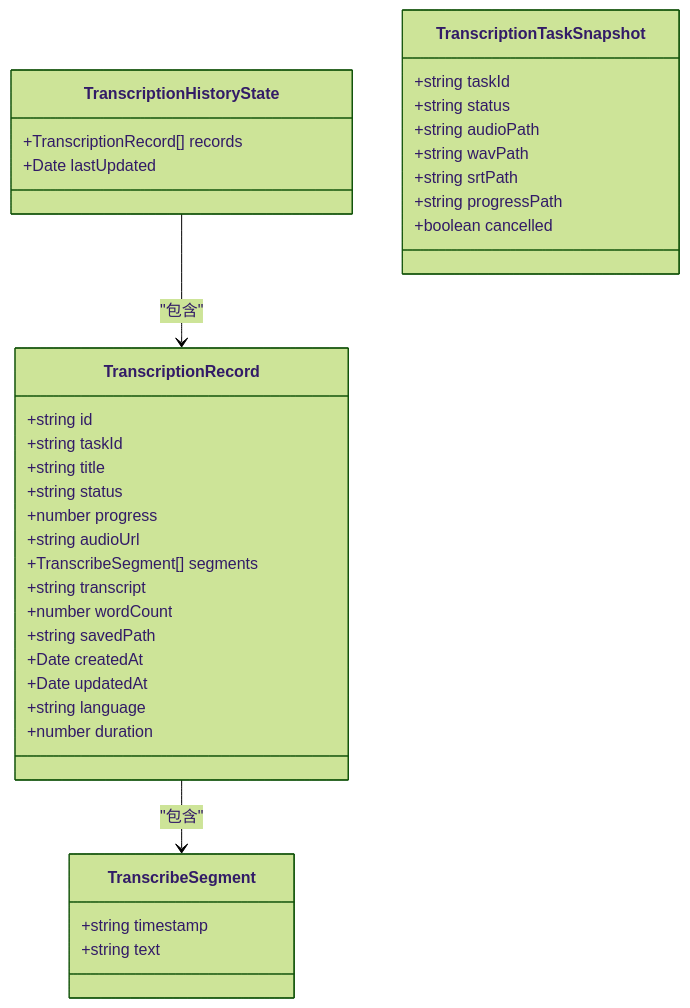
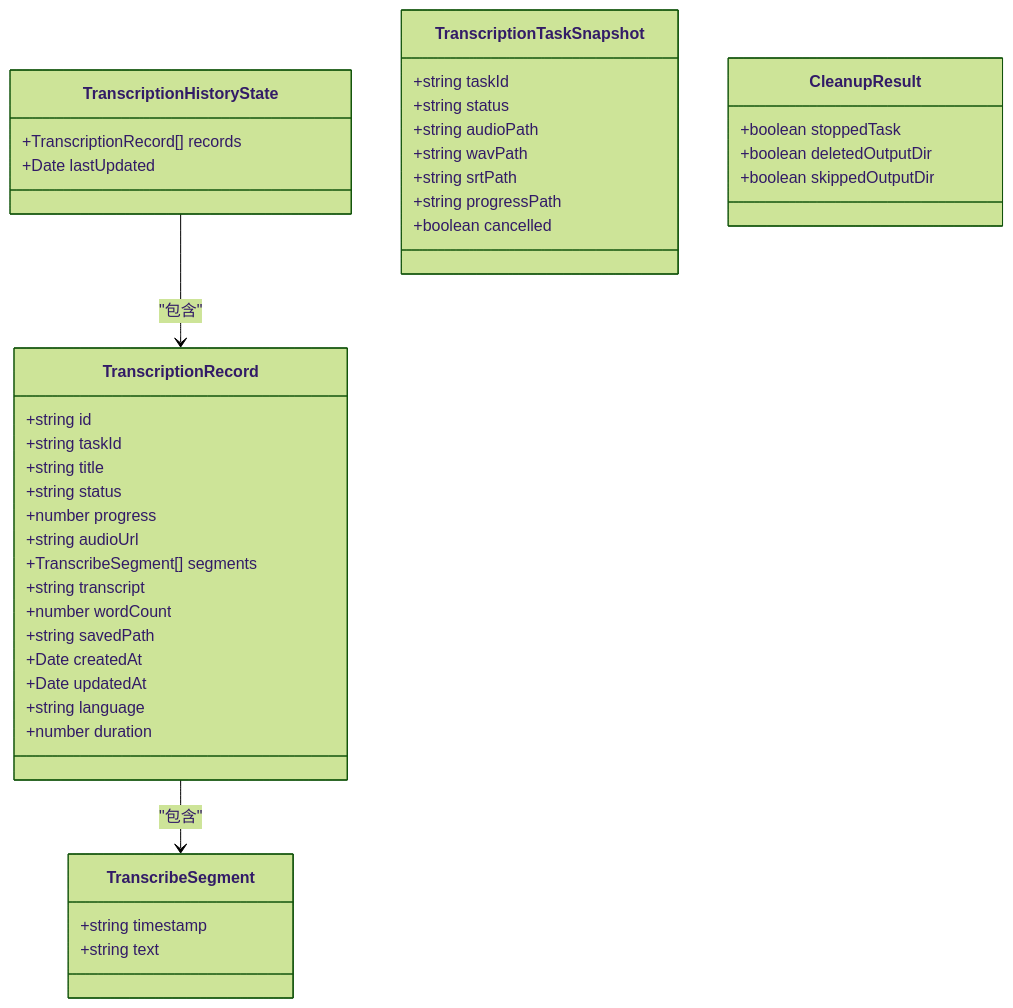
One commit to clawbotai/memo-flow changed the second of 13 diagrams in .qoder/repowiki/zh/content/Transcription History System.md. Above: the diagram before and after it, drawn with Mermaid (forest theme). The commit also changed other lines of this file and 5 other files, not shown here.

````diff
--- a/.qoder/repowiki/zh/content/Transcription History System.md
+++ b/.qoder/repowiki/zh/content/Transcription History System.md
@@ -95,38 +103,43 @@
 ```mermaid
 classDiagram
 class TranscriptionRecord {
 +string id
 +string taskId
 +string title
 +string status
 +number progress
 +string audioUrl
 +TranscribeSegment[] segments
 +string transcript
 +number wordCount
 +string savedPath
 +Date createdAt
 +Date updatedAt
 +string language
 +number duration
 }
 class TranscriptionHistoryState {
 +TranscriptionRecord[] records
 +Date lastUpdated
 }
 class TranscribeSegment {
 +string timestamp
 +string text
 }
 class TranscriptionTaskSnapshot {
 +string taskId
 +string status
 +string audioPath
 +string wavPath
 +string srtPath
 +string progressPath
 +boolean cancelled
 }
+class CleanupResult {
++boolean stoppedTask
++boolean deletedOutputDir
++boolean skippedOutputDir
+}
 TranscriptionHistoryState --> TranscriptionRecord : "包含"
 TranscriptionRecord --> TranscribeSegment : "包含"
 ```
````
